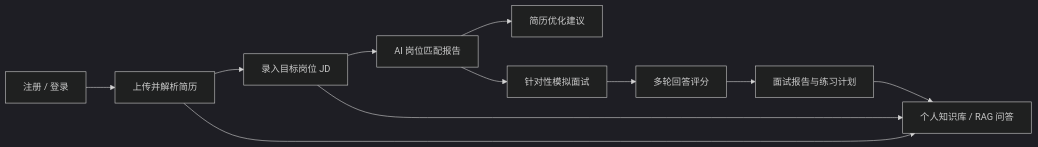
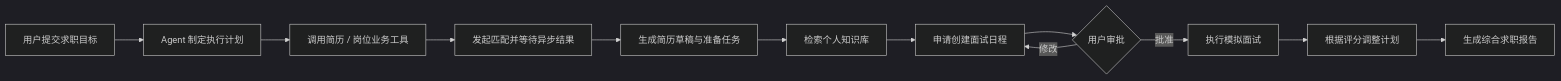
The first of 3 diagrams in README.md (w0nderful-yzh/CareerAI), drawn with Mermaid (dark theme) before and after one commit. The commit also changed other lines of this file and 64 other files, not shown here.

````diff
--- a/README.md
+++ b/README.md
@@ -13,13 +13,14 @@
 ```mermaid
 flowchart LR
-    A["注册 / 登录"] --> B["上传并解析简历"]
-    B --> C["录入目标岗位 JD"]
-    C --> D["AI 岗位匹配报告"]
-    D --> E["简历优化建议"]
-    D --> F["针对性模拟面试"]
-    F --> G["多轮回答评分"]
-    G --> H["面试报告与练习计划"]
-    B --> I["个人知识库 / RAG 问答"]
-    C --> I
-    H --> I
+    A["用户提交求职目标"] --> B["Agent 制定执行计划"]
+    B --> C["调用简历 / 岗位业务工具"]
+    C --> D["发起匹配并等待异步结果"]
+    D --> E["生成简历草稿与准备任务"]
+    E --> F["检索个人知识库"]
+    F --> G["申请创建面试日程"]
+    G --> H{"用户审批"}
+    H -->|批准| I["执行模拟面试"]
+    H -->|修改| G
+    I --> J["根据评分调整计划"]
+    J --> K["生成综合求职报告"]
 ```
````
